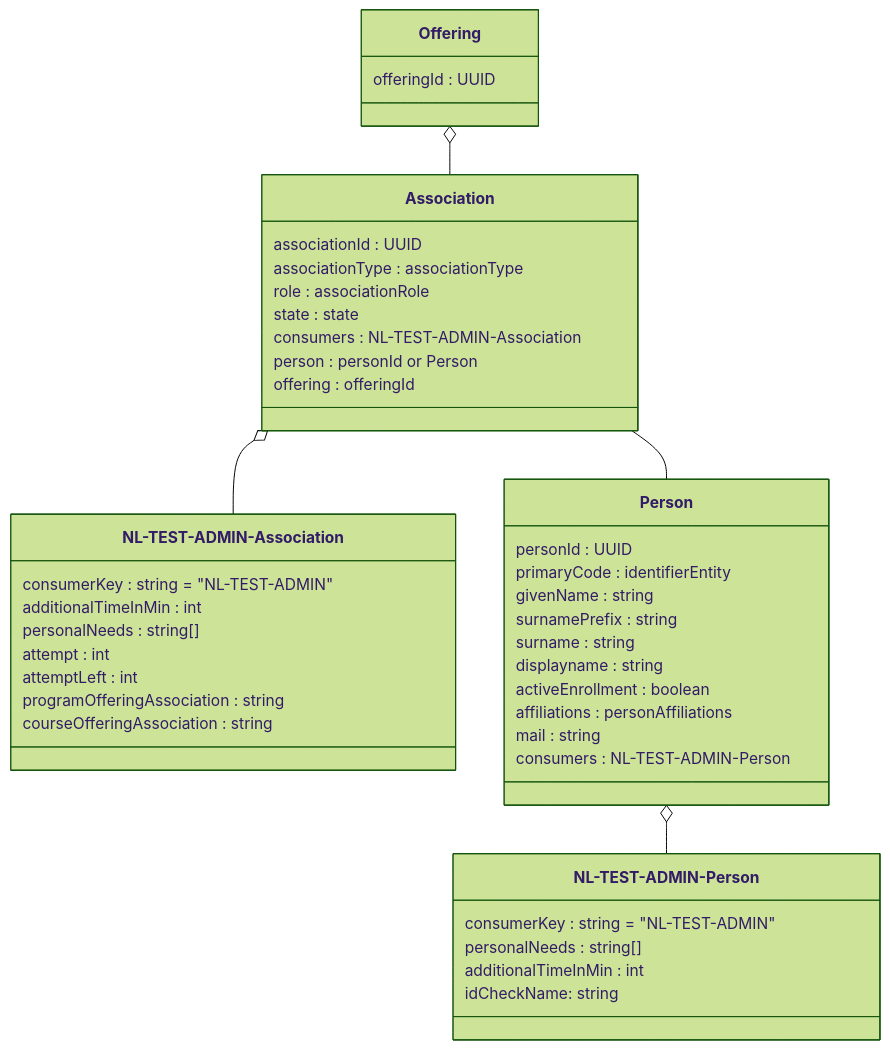
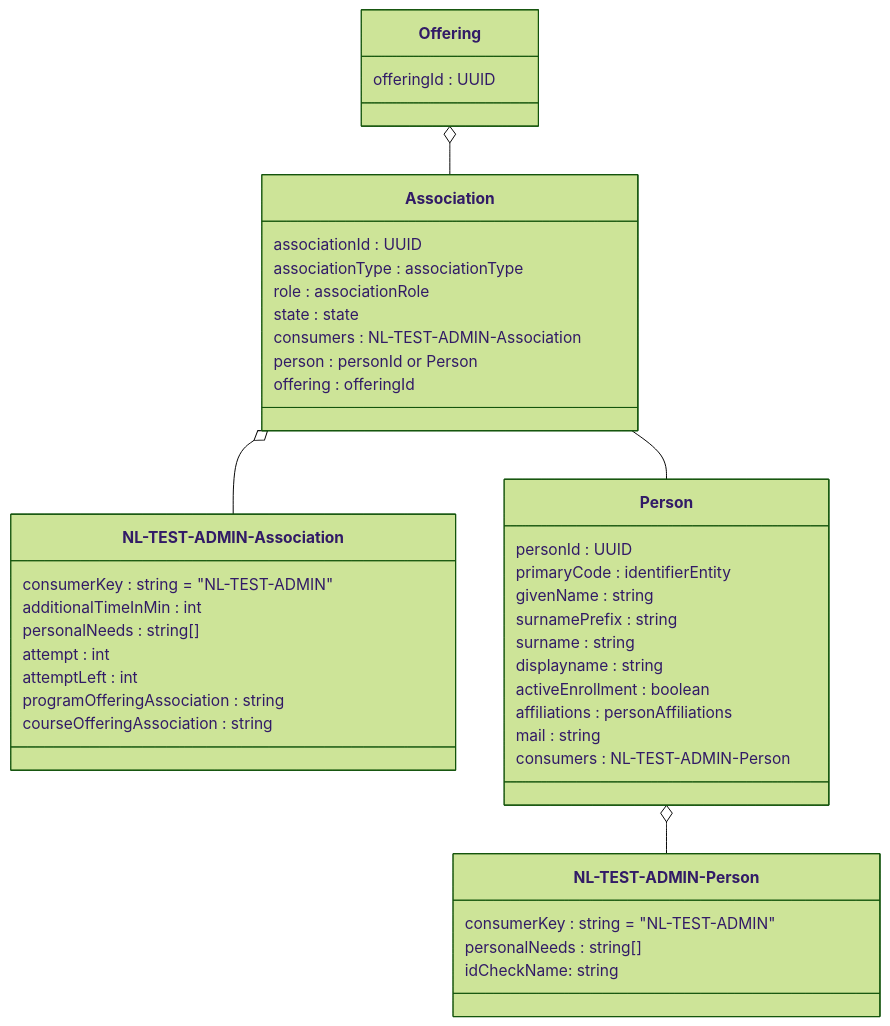
Before and after one commit to NetwerkExamineringDigitalisering/NED-OOAPI: the fourth of 11 diagrams in doc/flow1.md, drawn with Mermaid (forest theme).

Commit message:
fixed #84 additionalTimeInMin in flow document

````diff
--- a/doc/flow1.md
+++ b/doc/flow1.md
@@ -131,47 +131,46 @@
 ```mermaid
 classDiagram
     class Association {
     	associationId : UUID
         associationType : associationType
         role : associationRole
         state : state
         consumers : NL-TEST-ADMIN-Association
         person : personId or Person
         offering : offeringId
     }
     class `NL-TEST-ADMIN-Association` {
     	consumerKey : string = "NL-TEST-ADMIN"
 	    additionalTimeInMin : int
 	    personalNeeds : string[]
         attempt : int
         attemptLeft : int
 	    programOfferingAssociation : string
 	    courseOfferingAssociation : string
     }
     class Person {
         personId : UUID
         primaryCode : identifierEntity
         givenName : string
         surnamePrefix : string 
         surname : string
         displayname : string
         activeEnrollment : boolean 
         affiliations : personAffiliations
         mail : string
     	consumers : NL-TEST-ADMIN-Person
     }
     class `NL-TEST-ADMIN-Person` {
     	consumerKey : string = "NL-TEST-ADMIN"
 	    personalNeeds : string[]
-  	    additionalTimeInMin : int
         idCheckName: string
     }
     class Offering {
        offeringId : UUID
     }
     Offering  o-- Association
     Association o-- `NL-TEST-ADMIN-Association`
     Association -- Person
     Person o-- `NL-TEST-ADMIN-Person`
 
 ```
````
